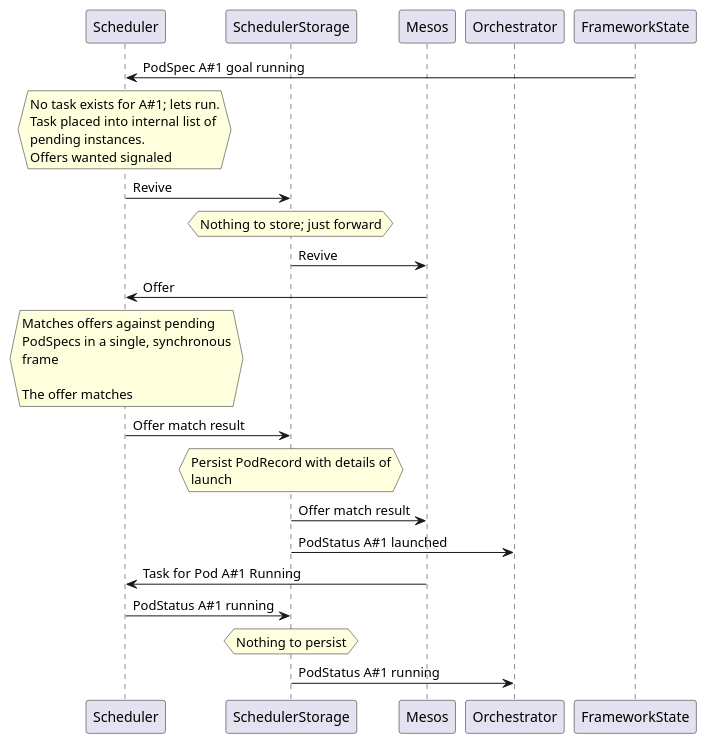
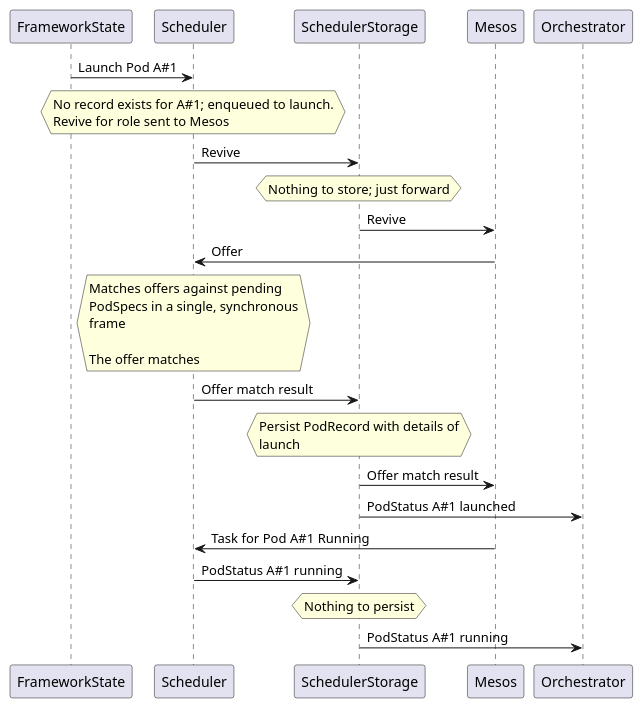
One commit to mesosphere/usi changed the diagram in docs/design/scheduler-interaction.pu. Above: the diagram before and after it, drawn with PlantUML. The commit also changed 46 other files, not shown here.

```diff
--- a/docs/design/scheduler-interaction.pu
+++ b/docs/design/scheduler-interaction.pu
@@ -1,47 +1,46 @@
-@startuml Participant FrameworkState
+@startuml
+Participant FrameworkState
 Participant Scheduler
 Participant SchedulerStorage
 Participant Mesos
 Participant Orchestrator
 
-FrameworkState -> Scheduler: PodSpec A#1 goal running
+FrameworkState -> Scheduler: Launch Pod A#1
 hnote over Scheduler
-  No task exists for A#1; lets run.
-  Task placed into internal list of
-  pending instances.
-  Offers wanted signaled
+  No record exists for A#1; enqueued to launch.
+  Revive for role sent to Mesos
 end hnote
 
 Scheduler -> SchedulerStorage: Revive
 hnote over SchedulerStorage
   Nothing to store; just forward
 end hnote
 
 SchedulerStorage -> Mesos: Revive
 
 Mesos -> Scheduler: Offer
 hnote over Scheduler
   Matches offers against pending
   PodSpecs in a single, synchronous
   frame
 
   The offer matches
 end hnote
 
 Scheduler -> SchedulerStorage: Offer match result
 hnote over SchedulerStorage
   Persist PodRecord with details of
   launch
 end hnote
 
 SchedulerStorage -> Mesos: Offer match result
 SchedulerStorage -> Orchestrator: PodStatus A#1 launched
 
 
 Mesos -> Scheduler: Task for Pod A#1 Running
 Scheduler -> SchedulerStorage: PodStatus A#1 running
 hnote over SchedulerStorage
   Nothing to persist
 end hnote
 SchedulerStorage -> Orchestrator: PodStatus A#1 running
 @enduml
```
